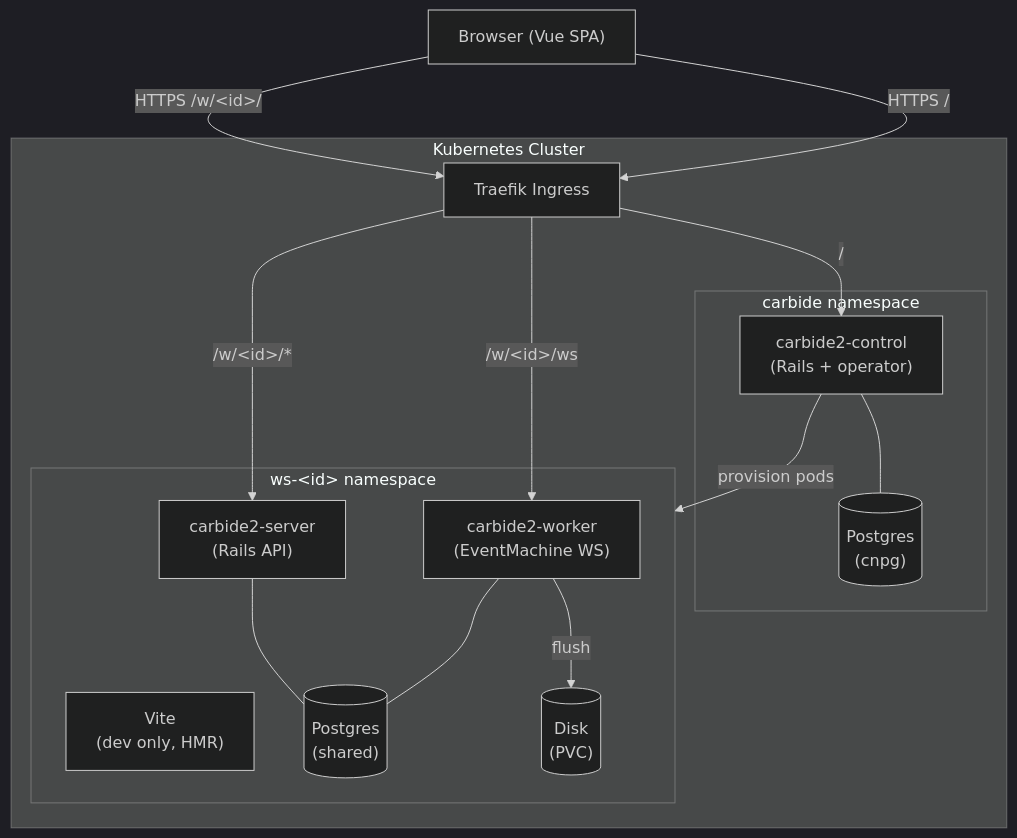
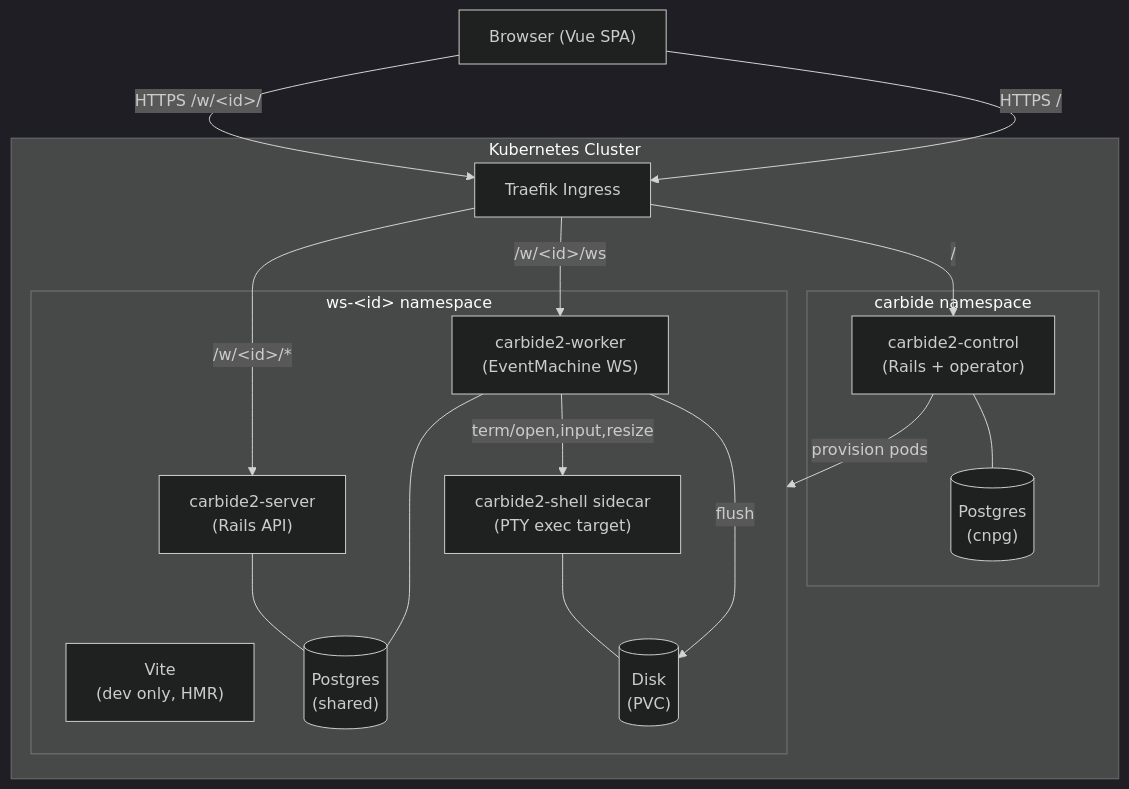
Before and after one commit to fdimitri/carbide2-docs: the diagram in src/content/docs/architecture/overview.mdx, drawn with Mermaid (dark theme). The commit also changed other lines of this file and 2 other files, not shown here.

Commit message:
Document PTY sidecar terminal isolation and force favicon links

````diff
--- a/src/content/docs/architecture/overview.mdx
+++ b/src/content/docs/architecture/overview.mdx
@@ -10,32 +10,35 @@
 ```mermaid
 graph TD
   Browser["Browser (Vue SPA)"]
 
   subgraph k8s["Kubernetes Cluster"]
     Traefik["Traefik Ingress"]
 
     subgraph control["carbide namespace"]
       CP["carbide2-control\n(Rails + operator)"]
       CPDB[("Postgres\n(cnpg)")]
     end
 
     subgraph workspace["ws-&lt;id&gt; namespace"]
       Rails["carbide2-server\n(Rails API)"]
       Worker["carbide2-worker\n(EventMachine WS)"]
+      Sidecar["carbide2-shell sidecar\n(PTY exec target)"]
       Vite["Vite\n(dev only, HMR)"]
       DB[("Postgres\n(shared)")]
       Disk[("Disk\n(PVC)")]
     end
   end
 
   Browser -->|"HTTPS /w/&lt;id&gt;/"| Traefik
   Browser -->|"HTTPS /"| Traefik
   Traefik -->|"/w/&lt;id&gt;/*"| Rails
   Traefik -->|"/w/&lt;id&gt;/ws"| Worker
   Traefik -->|"/"| CP
   Rails --- DB
   Worker --- DB
+  Worker -->|"term/open,input,resize"| Sidecar
+  Sidecar --- Disk
   Worker -->|"flush"| Disk
   CP --- CPDB
   CP -->|"provision pods"| workspace
 ```
````
